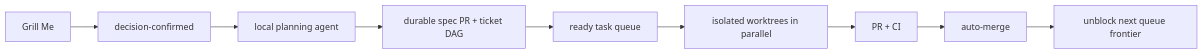
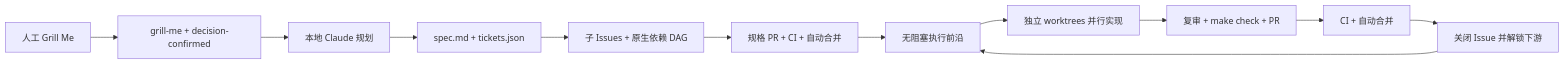
Before and after one commit to LkxPro/insuredesk: the diagram in docs/agents/agent-loop.md, drawn with Mermaid. The commit also changed other lines of this file, not shown here.

Commit message:
docs: add agent loop team guide

````diff
--- a/docs/agents/agent-loop.md
+++ b/docs/agents/agent-loop.md
@@ -5,11 +30,14 @@
 ```mermaid
 flowchart LR
-  G["Grill Me"] --> C["decision-confirmed"]
-  C --> B["local planning agent"]
-  B --> S["durable spec PR + ticket DAG"]
-  S --> Q["ready task queue"]
-  Q --> W["isolated worktrees in parallel"]
-  W --> P["PR + CI"]
-  P --> M["auto-merge"]
-  M --> U["unblock next queue frontier"]
+  G["人工 Grill Me"] --> C["grill-me + decision-confirmed"]
+  C --> B["本地 Claude 规划"]
+  B --> S["spec.md + tickets.json"]
+  S --> D["子 Issues + 原生依赖 DAG"]
+  D --> P["规格 PR + CI + 自动合并"]
+  P --> Q["无阻塞执行前沿"]
+  Q --> W["独立 worktrees 并行实现"]
+  W --> R["复审 + make check + PR"]
+  R --> M["CI + 自动合并"]
+  M --> U["关闭 Issue 并解锁下游"]
+  U --> Q
 ```
````
